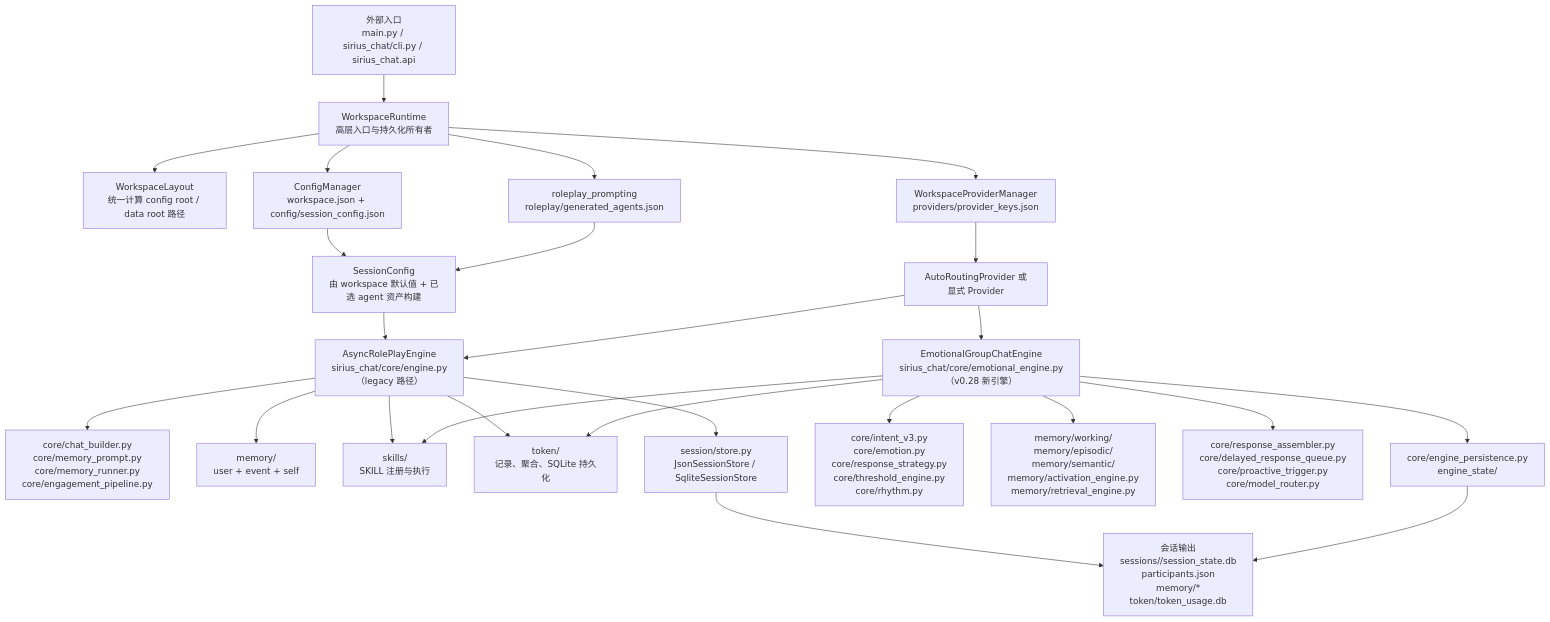
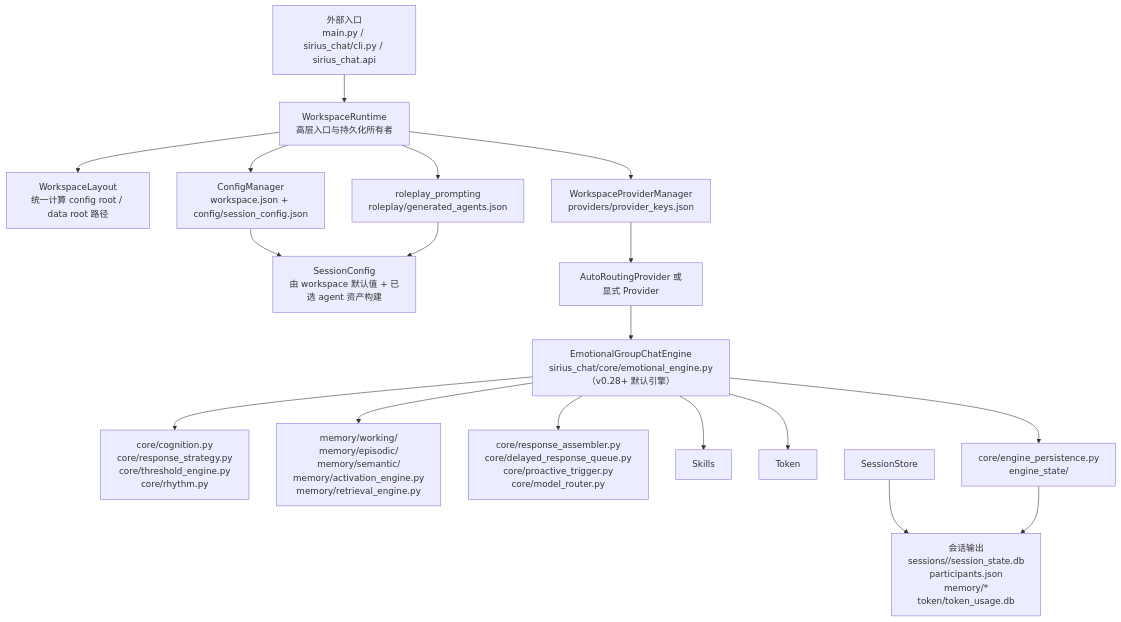
The first of 5 diagrams in docs/full-architecture-flow.md (Sparrived/SiriusChat), drawn with Mermaid before and after one commit. The commit also changed other lines of this file and 4 other files, not shown here.

First line of the commit message:
docs(archive): retire legacy engine from architecture docs, update config guide

````diff
--- a/docs/full-architecture-flow.md
+++ b/docs/full-architecture-flow.md
@@ -19,30 +19,22 @@
 ```mermaid
 flowchart TD
   Entry["外部入口\nmain.py / sirius_chat/cli.py / sirius_chat.api"] --> Runtime["WorkspaceRuntime\n高层入口与持久化所有者"]
   Runtime --> Layout["WorkspaceLayout\n统一计算 config root / data root 路径"]
   Runtime --> Config["ConfigManager\nworkspace.json + config/session_config.json"]
   Runtime --> ProviderMgr["WorkspaceProviderManager\nproviders/provider_keys.json"]
   Runtime --> Roleplay["roleplay_prompting\nroleplay/generated_agents.json"]
   Config --> SessionCfg["SessionConfig\n由 workspace 默认值 + 已选 agent 资产构建"]
   ProviderMgr --> Provider["AutoRoutingProvider 或显式 Provider"]
   Roleplay --> SessionCfg
 
-  SessionCfg --> LegacyEngine["AsyncRolePlayEngine\nsirius_chat/core/engine.py\n（legacy 路径）"]
-  Provider --> LegacyEngine
-  LegacyEngine --> CoreHelpers["core/chat_builder.py\ncore/memory_prompt.py\ncore/memory_runner.py\ncore/engagement_pipeline.py"]
-  LegacyEngine --> LegacyMemory["memory/\nuser + event + self"]
-  LegacyEngine --> Skills["skills/\nSKILL 注册与执行"]
-  LegacyEngine --> Token["token/\n记录、聚合、SQLite 持久化"]
-  LegacyEngine --> SessionStore["session/store.py\nJsonSessionStore / SqliteSessionStore"]
-
-  Provider --> EmotionalEngine["EmotionalGroupChatEngine\nsirius_chat/core/emotional_engine.py\n（v0.28 新引擎）"]
-  EmotionalEngine --> NewCognitive["core/intent_v3.py\ncore/emotion.py\ncore/response_strategy.py\ncore/threshold_engine.py\ncore/rhythm.py"]
+  Provider --> EmotionalEngine["EmotionalGroupChatEngine\nsirius_chat/core/emotional_engine.py\n（v0.28+ 默认引擎）"]
+  EmotionalEngine --> NewCognitive["core/cognition.py\ncore/response_strategy.py\ncore/threshold_engine.py\ncore/rhythm.py"]
   EmotionalEngine --> NewMemory["memory/working/\nmemory/episodic/\nmemory/semantic/\nmemory/activation_engine.py\nmemory/retrieval_engine.py"]
   EmotionalEngine --> NewExecution["core/response_assembler.py\ncore/delayed_response_queue.py\ncore/proactive_trigger.py\ncore/model_router.py"]
   EmotionalEngine --> Skills
   EmotionalEngine --> Token
   EmotionalEngine --> EngineState["core/engine_persistence.py\nengine_state/"]
 
   SessionStore --> Outputs["会话输出\nsessions/<session_id>/session_state.db\nparticipants.json\nmemory/*\ntoken/token_usage.db"]
   EngineState --> Outputs
 ```
````
